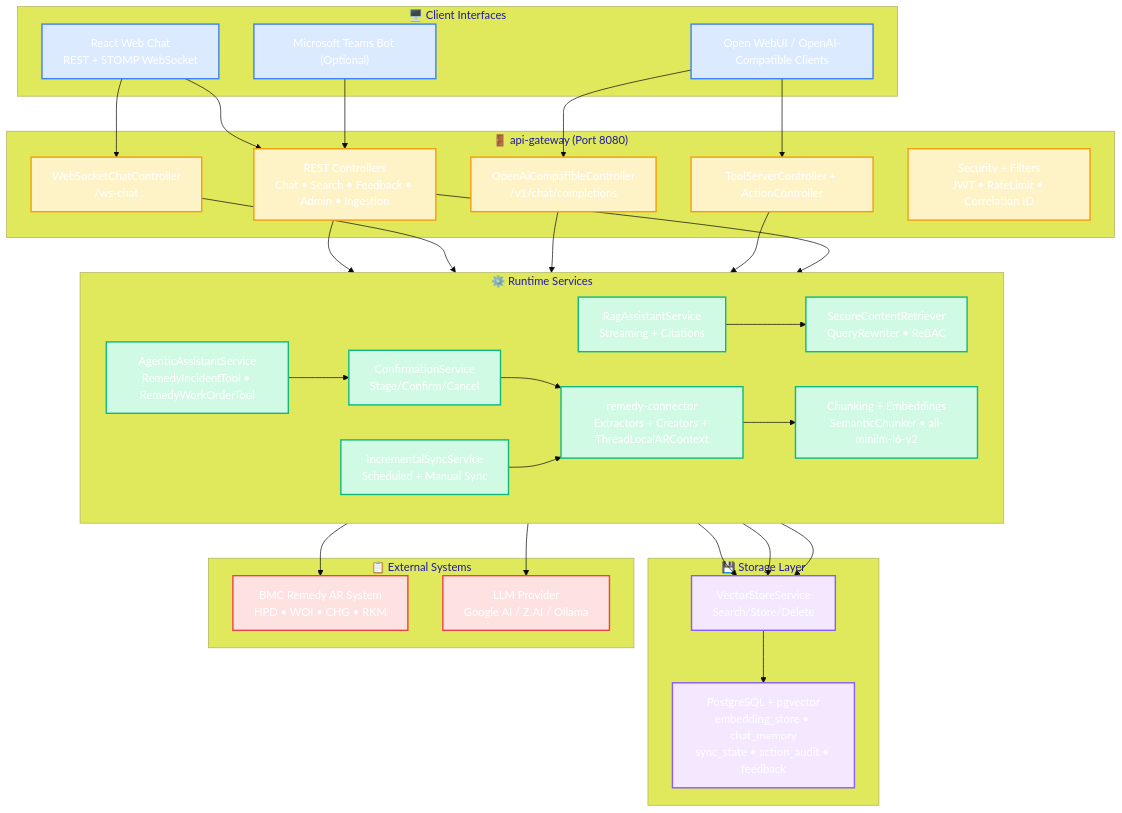
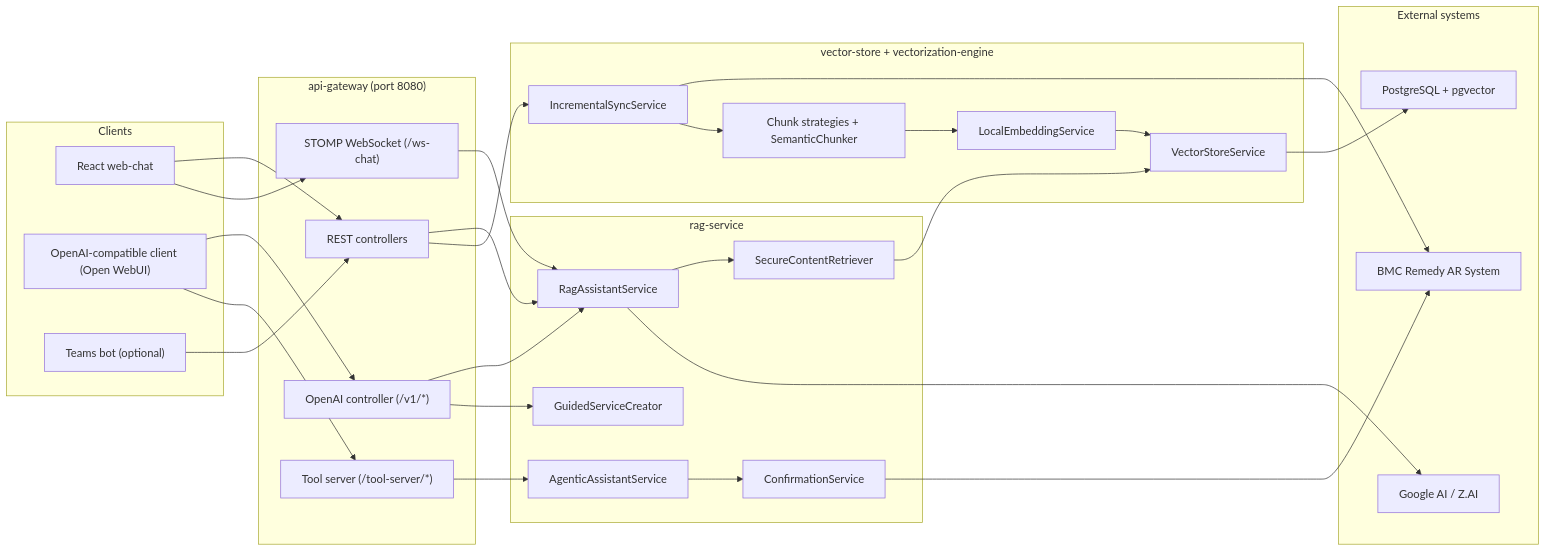
One commit to OmarEhab007/bmc-remedy-rag-agent changed the first of 5 diagrams in README.md. Above: the diagram before and after it, drawn with Mermaid. The commit also changed other lines of this file, not shown here.

Commit message:
docs: rewrite README with code-validated architecture and flows

````diff
--- a/README.md
+++ b/README.md
@@ -101,76 +43,62 @@
 ```mermaid
-%%{init: {'theme': 'base', 'themeVariables': { 'primaryColor': '#4F46E5', 'primaryTextColor': '#fff'}}}%%
-graph TB
-    subgraph UI["🖥️ Client Interfaces"]
-        Web["React Web Chat<br/>REST + STOMP WebSocket"]
-        OpenWebUI["Open WebUI / OpenAI-Compatible Clients"]
-        Teams["Microsoft Teams Bot (Optional)"]
+flowchart LR
+    subgraph Clients["Clients"]
+        WEB["React web-chat"]
+        OAI["OpenAI-compatible client (Open WebUI)"]
+        TEAMS["Teams bot (optional)"]
     end
 
-    subgraph Gateway["🚪 api-gateway (Port 8080)"]
-        REST["REST Controllers<br/>Chat • Search • Feedback • Admin • Ingestion"]
-        WS["WebSocketChatController<br/>/ws-chat"]
-        OpenAI["OpenAiCompatibleController<br/>/v1/chat/completions"]
-        Tools["ToolServerController + ActionController"]
-        Security["Security + Filters<br/>JWT • RateLimit • Correlation ID"]
+    subgraph API["api-gateway (port 8080)"]
+        REST["REST controllers"]
+        WS["STOMP WebSocket (/ws-chat)"]
+        OAIC["OpenAI controller (/v1/*)"]
+        TOOL["Tool server (/tool-server/*)"]
     end
 
-    subgraph Services["⚙️ Runtime Services"]
-        direction LR
-        RAG["RagAssistantService<br/>Streaming + Citations"]
-        RET["SecureContentRetriever<br/>QueryRewriter • ReBAC"]
-        AG["AgenticAssistantService<br/>RemedyIncidentTool • RemedyWorkOrderTool"]
-        CONF["ConfirmationService<br/>Stage/Confirm/Cancel"]
-        SYNC["IncrementalSyncService<br/>Scheduled + Manual Sync"]
-        RC["remedy-connector<br/>Extractors + Creators + ThreadLocalARContext"]
-        VEC["Chunking + Embeddings<br/>SemanticChunker • all-minilm-l6-v2"]
+    subgraph RAG["rag-service"]
+        ASSIST["RagAssistantService"]
+        RET["SecureContentRetriever"]
+        AGENTIC["AgenticAssistantService"]
+        CONF["ConfirmationService"]
+        DAMEE["GuidedServiceCreator"]
     end
 
-    subgraph Storage["💾 Storage Layer"]
-        VS["VectorStoreService<br/>Search/Store/Delete"]
-        DB["PostgreSQL + pgvector<br/>embedding_store • chat_memory<br/>sync_state • action_audit • feedback"]
+    subgraph STORE["vector-store + vectorization-engine"]
+        SYNC["IncrementalSyncService"]
+        VSTORE["VectorStoreService"]
+        CHUNK["Chunk strategies + SemanticChunker"]
+        EMBED["LocalEmbeddingService"]
     end
 
-    subgraph Data["📋 External Systems"]
-        BMC["BMC Remedy AR System<br/>HPD • WOI • CHG • RKM"]
-        LLM["LLM Provider<br/>Google AI / Z.AI / Ollama"]
+    subgraph EXT["External systems"]
+        REMEDY["BMC Remedy AR System"]
+        LLM["Google AI / Z.AI"]
+        DB["PostgreSQL + pgvector"]
     end
 
-    Web --> REST
-    Web --> WS
-    OpenWebUI --> OpenAI
-    OpenWebUI --> Tools
-    Teams --> REST
+    WEB --> REST
+    WEB --> WS
+    OAI --> OAIC
+    OAI --> TOOL
+    TEAMS --> REST
 
-    REST --> RAG
-    WS --> RAG
-    OpenAI --> RAG
-    Tools --> AG
+    REST --> ASSIST
+    WS --> ASSIST
+    OAIC --> ASSIST
+    OAIC --> DAMEE
+    TOOL --> AGENTIC
 
-    RAG --> RET
-    RAG --> VS
-    RAG --> LLM
-    RET --> VS
+    ASSIST --> RET
+    ASSIST --> LLM
+    RET --> VSTORE
 
-    AG --> CONF
-    CONF --> RC
+    AGENTIC --> CONF
+    CONF --> REMEDY
 
     REST --> SYNC
-    SYNC --> RC
-    RC --> VEC
-    VEC --> VS
-    VS --> DB
-    RC --> BMC
-
-    classDef ui fill:#DBEAFE,stroke:#3B82F6,stroke-width:2px
-    classDef gateway fill:#FEF3C7,stroke:#F59E0B,stroke-width:2px
-    classDef services fill:#D1FAE5,stroke:#10B981,stroke-width:2px
-    classDef storage fill:#F3E8FF,stroke:#8B5CF6,stroke-width:2px
-    classDef data fill:#FEE2E2,stroke:#EF4444,stroke-width:2px
-
-    class Web,OpenWebUI,Teams ui
-    class REST,WS,Tools,OpenAI,Security gateway
-    class RAG,RET,AG,CONF,SYNC,RC,VEC services
-    class VS,DB storage
-    class BMC,LLM data
+    SYNC --> REMEDY
+    SYNC --> CHUNK
+    CHUNK --> EMBED
+    EMBED --> VSTORE
+    VSTORE --> DB
 ```
````
